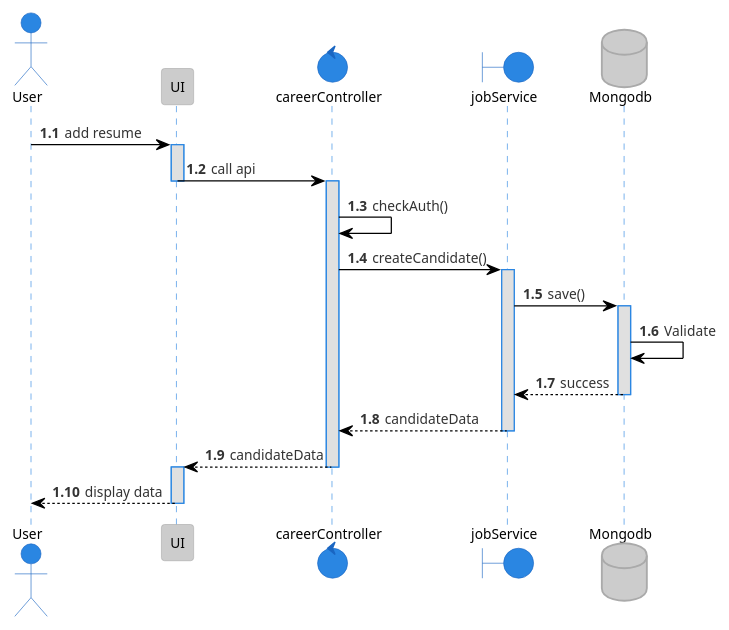
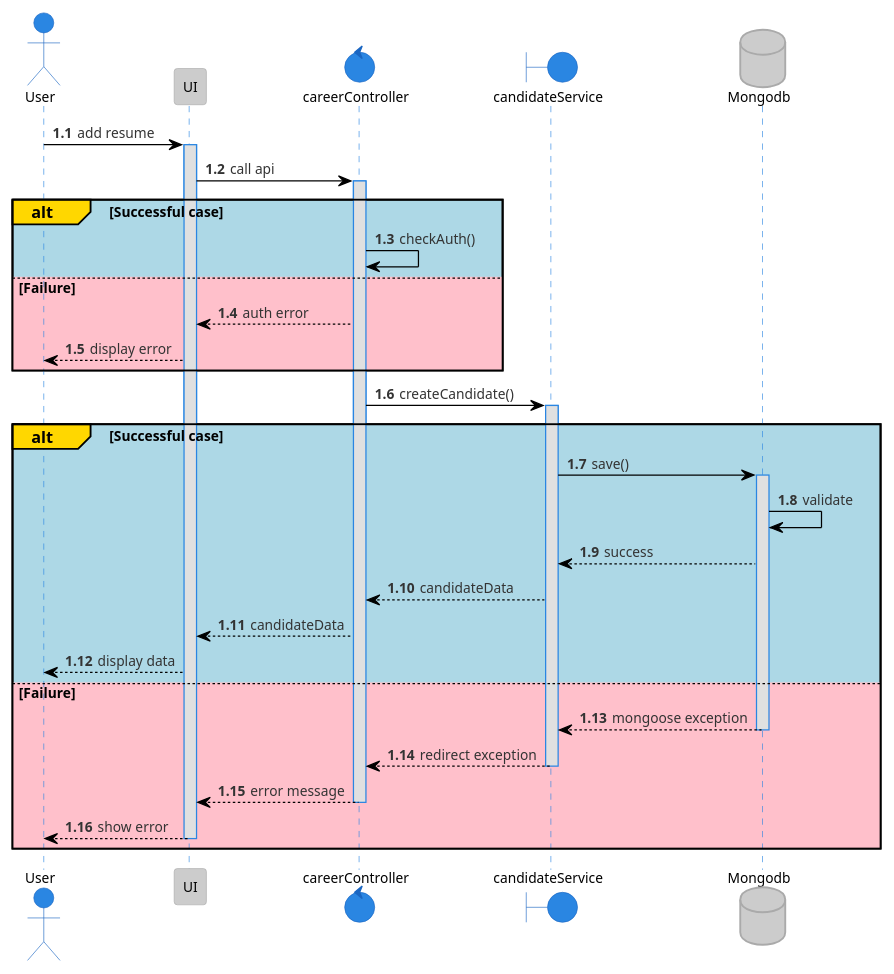
One commit to tuannm99/RMS changed the diagram in plantuml/sequence/career/addResume.puml. Above: the diagram before and after it, drawn with PlantUML. The commit also changed 31 other files, not shown here.

Commit message:
update - final sequence

```diff
--- a/plantuml/sequence/career/addResume.puml
+++ b/plantuml/sequence/career/addResume.puml
@@ -1,33 +1,48 @@
 @startuml addResume
 !theme reddress-lightblue
 
 autonumber 1.1
 actor User
 participant UI
 control  careerController
-boundary jobService
+boundary candidateService
 database Mongodb
 
 
 User -> UI: add resume
 activate UI
 UI -> careerController: call api
-deactivate UI
 activate careerController
-careerController -> careerController: checkAuth()
-careerController -> jobService: createCandidate()
-activate jobService
-jobService -> Mongodb: save()
-activate Mongodb
-Mongodb -> Mongodb: Validate
-Mongodb --> jobService: success
-deactivate Mongodb
-jobService --> careerController: candidateData
-deactivate jobService
-careerController --> UI: candidateData
-deactivate careerController
-activate UI
-UI --> User: display data
-deactivate UI
+
+alt#Gold #LightBlue Successful case
+    careerController -> careerController: checkAuth()
+else #Pink Failure
+    careerController --> UI: auth error
+    UI --> User: display error
+end
+
+careerController -> candidateService: createCandidate()
+activate candidateService
+
+alt#Gold #LightBlue Successful case
+    candidateService -> Mongodb: save()
+    activate Mongodb
+    Mongodb -> Mongodb: validate
+    Mongodb --> candidateService: success
+    candidateService --> careerController: candidateData
+    careerController --> UI: candidateData
+    UI --> User: display data
+else #Pink Failure
+    Mongodb --> candidateService: mongoose exception
+    deactivate Mongodb
+    candidateService --> careerController: redirect exception
+    deactivate candidateService
+    careerController --> UI: error message
+    deactivate careerController
+    UI --> User: show error
+    deactivate Mongodb
+    deactivate UI
+end
+
 
 @enduml
```
